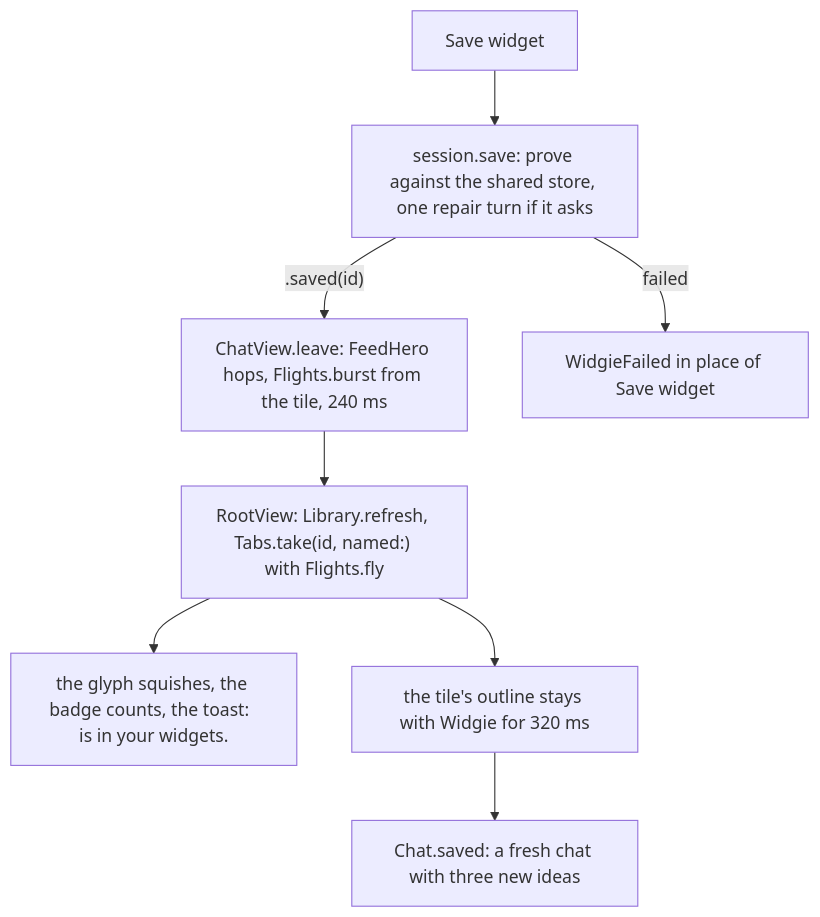
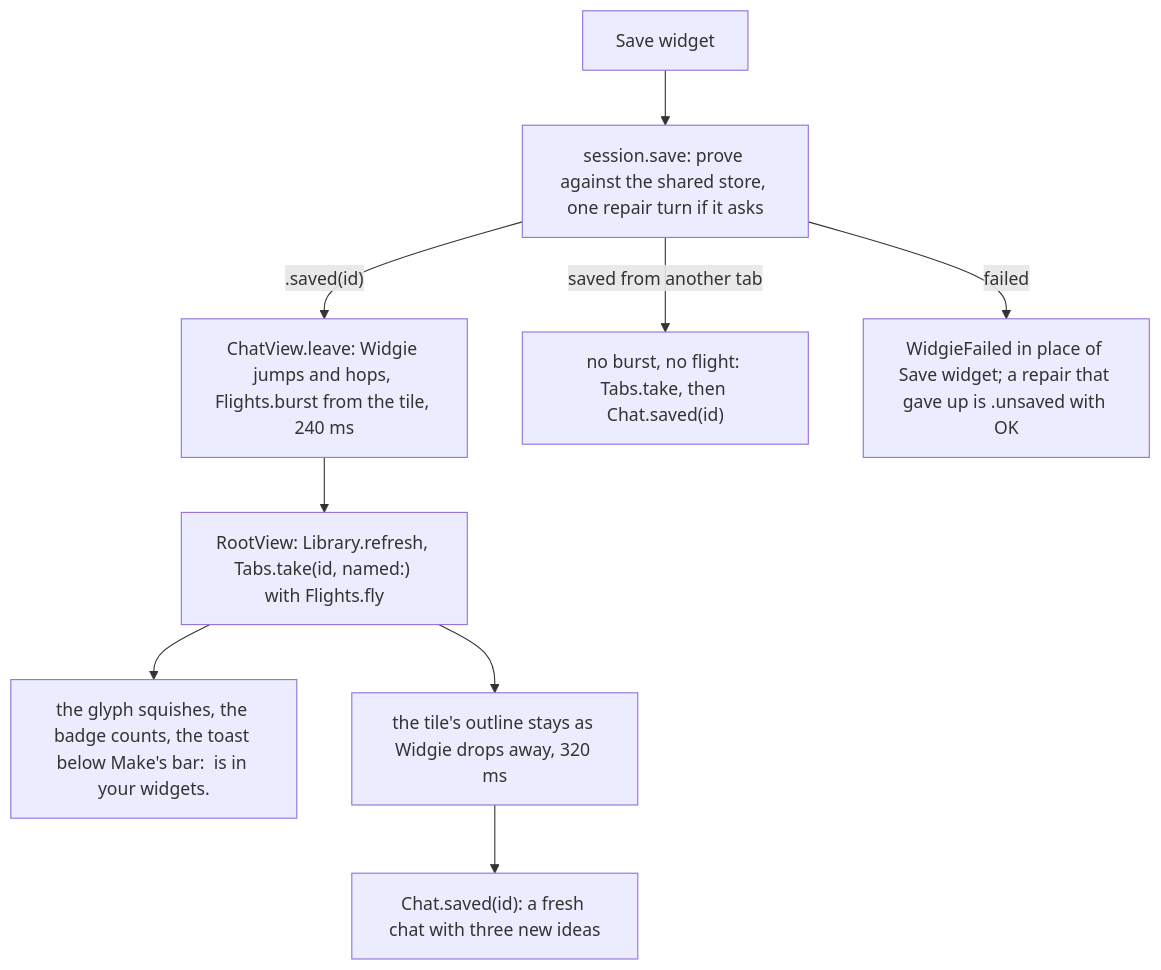
The fourth of 5 diagrams in docs/pr/19-app-shell-u2-chat.md (Krutik460/Widgie), drawn with Mermaid before and after one commit. The commit also changed other lines of this file and 1 other file, not shown here.

````diff
--- a/docs/pr/19-app-shell-u2-chat.md
+++ b/docs/pr/19-app-shell-u2-chat.md
@@ -92,10 +96,11 @@
 ```mermaid
 flowchart TD
   SAVE["Save widget"] --> RUN["session.save: prove against the shared store, one repair turn if it asks"]
-  RUN -->|".saved(id)"| LEAVEV["ChatView.leave: FeedHero hops, Flights.burst from the tile, 240 ms"]
+  RUN -->|".saved(id)"| LEAVEV["ChatView.leave: Widgie jumps and hops, Flights.burst from the tile, 240 ms"]
   LEAVEV --> TAKE["RootView: Library.refresh, Tabs.take(id, named:) with Flights.fly"]
-  TAKE --> TAB["the glyph squishes, the badge counts, the toast: <name> is in your widgets."]
-  TAKE --> GHOST["the tile's outline stays with Widgie for 320 ms"]
-  GHOST --> FRESH["Chat.saved: a fresh chat with three new ideas"]
-  RUN -->|"failed"| SFAIL["WidgieFailed in place of Save widget"]
+  TAKE --> TAB["the glyph squishes, the badge counts, the toast below Make's bar: <name> is in your widgets."]
+  TAKE --> GHOST["the tile's outline stays as Widgie drops away, 320 ms"]
+  GHOST --> FRESH["Chat.saved(id): a fresh chat with three new ideas"]
+  RUN -->|"saved from another tab"| AWAY["no burst, no flight: Tabs.take, then Chat.saved(id)"]
+  RUN -->|"failed"| SFAIL["WidgieFailed in place of Save widget; a repair that gave up is .unsaved with OK"]
 ```
````
